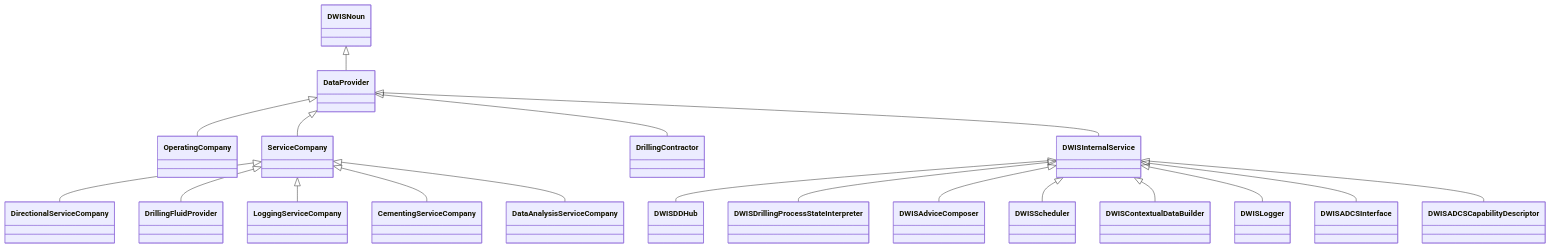
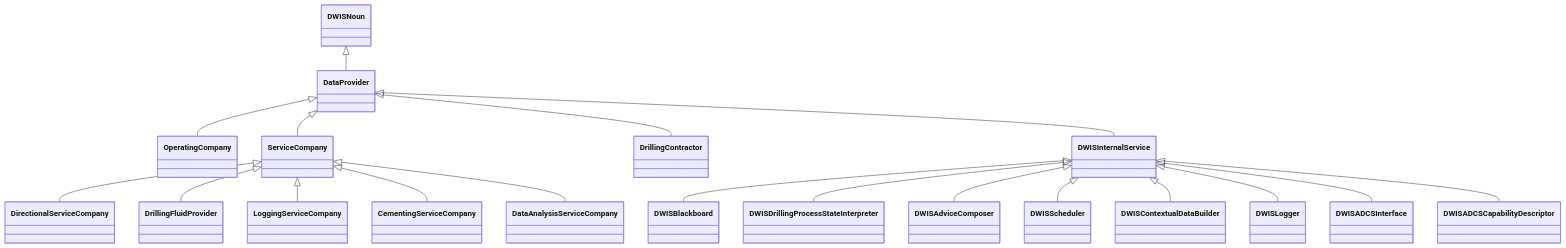
The first of 3 diagrams in docs/vocabulary_development/auto-generated/md/definition-files/DataProviders.md (D-WIS/DDHub-Semantic-Interoperability), drawn with Mermaid before and after one commit. The commit also changed other lines of this file and 16 other files, not shown here.

````diff
--- a/docs/vocabulary_development/auto-generated/md/definition-files/DataProviders.md
+++ b/docs/vocabulary_development/auto-generated/md/definition-files/DataProviders.md
@@ -8,21 +8,21 @@
 ```mermaid
 classDiagram
 DWISNoun <|-- DataProvider
 DataProvider <|-- OperatingCompany
 DataProvider <|-- ServiceCompany
 ServiceCompany <|-- DirectionalServiceCompany
 ServiceCompany <|-- DrillingFluidProvider
 ServiceCompany <|-- LoggingServiceCompany
 ServiceCompany <|-- CementingServiceCompany
 ServiceCompany <|-- DataAnalysisServiceCompany
 DataProvider <|-- DrillingContractor
 DataProvider <|-- DWISInternalService
-DWISInternalService <|-- DWISDDHub
+DWISInternalService <|-- DWISBlackboard
 DWISInternalService <|-- DWISDrillingProcessStateInterpreter
 DWISInternalService <|-- DWISAdviceComposer
 DWISInternalService <|-- DWISScheduler
 DWISInternalService <|-- DWISContextualDataBuilder
 DWISInternalService <|-- DWISLogger
 DWISInternalService <|-- DWISADCSInterface
 DWISInternalService <|-- DWISADCSCapabilityDescriptor
 ```
````
